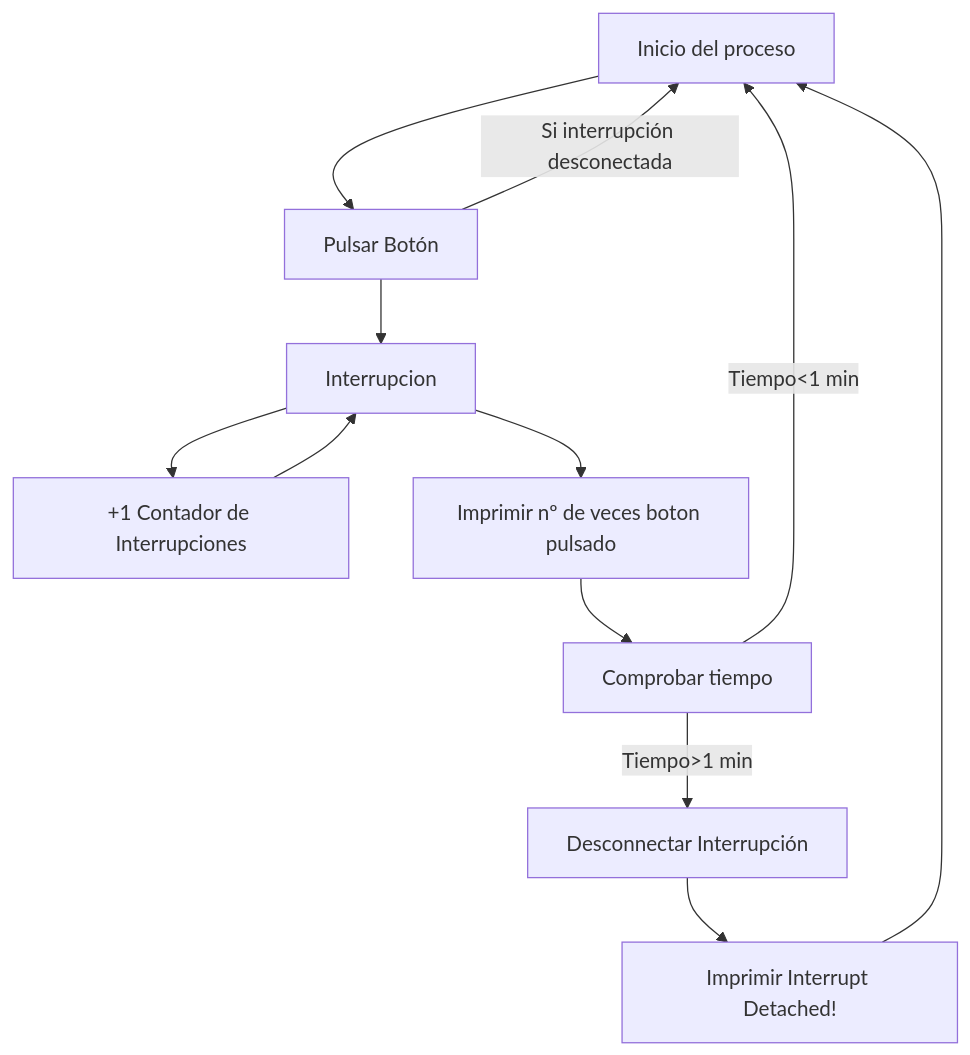
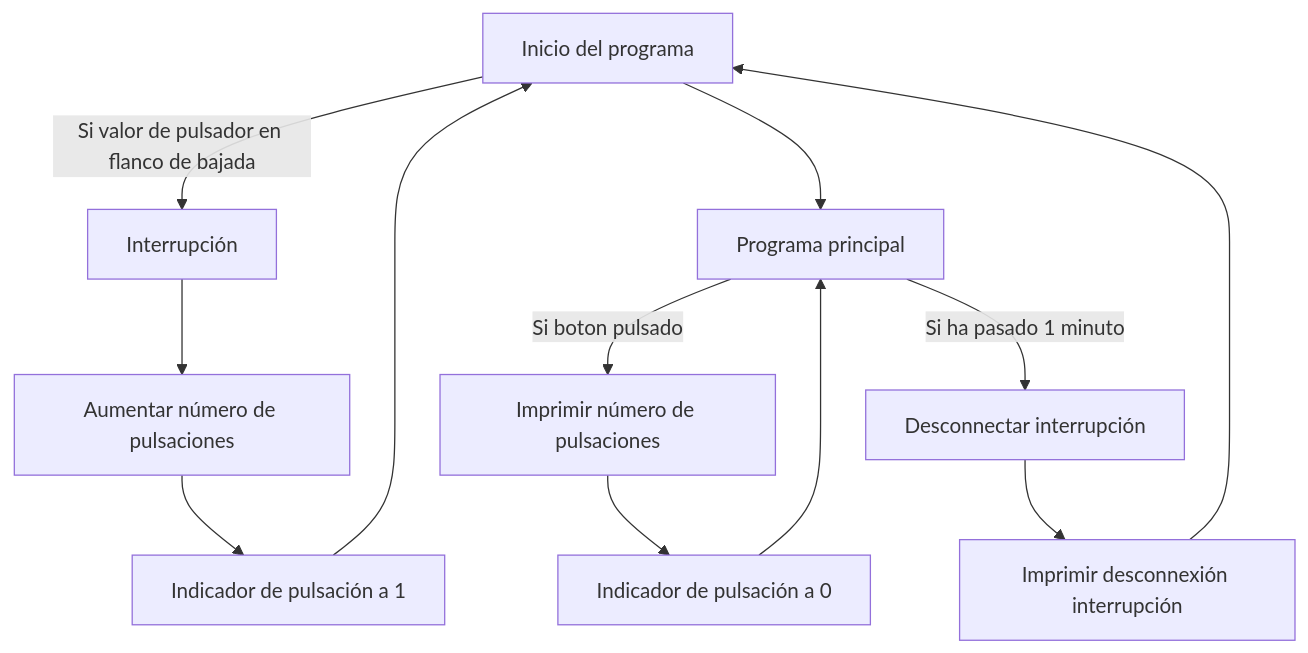
The first of 3 diagrams in README.md (gerardcotsescude/P2-Morera-Cots), drawn with Mermaid before and after one commit. The commit also changed other lines of this file, not shown here.

Commit message:
Add flow diagram to README.md

```diff
--- a/README.md
+++ b/README.md
@@ -74,16 +77,14 @@
 <div class="mermaid">
 graph TD;
-   A[Inicio del proceso] --> B[Pulsar Botón]
-   B --> C[Interrupcion]
-   C --> D[+1 Contador de Interrupciones]
-   D --> C
-   C --> E[Imprimir nº de veces boton pulsado]
-   E --> F[Comprobar tiempo]
-   F --> |Tiempo>1 min| G[Desconnectar Interrupción ]
-   G -->  H[Imprimir Interrupt Detached! ]
-   H--> A
-   B--> |Si interrupción desconectada| A
-   F --> |Tiempo<1 min| A
-    
-    
+   A[Inicio del programa] --> |Si valor de pulsador en flanco de bajada|C
+   A --> B
+   B[Programa principal] --> |Si boton pulsado|D
+   B --> |Si ha pasado 1 minuto|G
+   C[Interrupción] --> E
+   D[Imprimir número de pulsaciones] --> F
+   F[Indicador de pulsación a 0] --> B
+   G[Desconnectar interrupción] --> H
+   H[Imprimir desconnexión interrupción] --> A
+   E[Aumentar número de pulsaciones] --> J
+   J[Indicador de pulsación a 1] --> A   
 </div>
```
